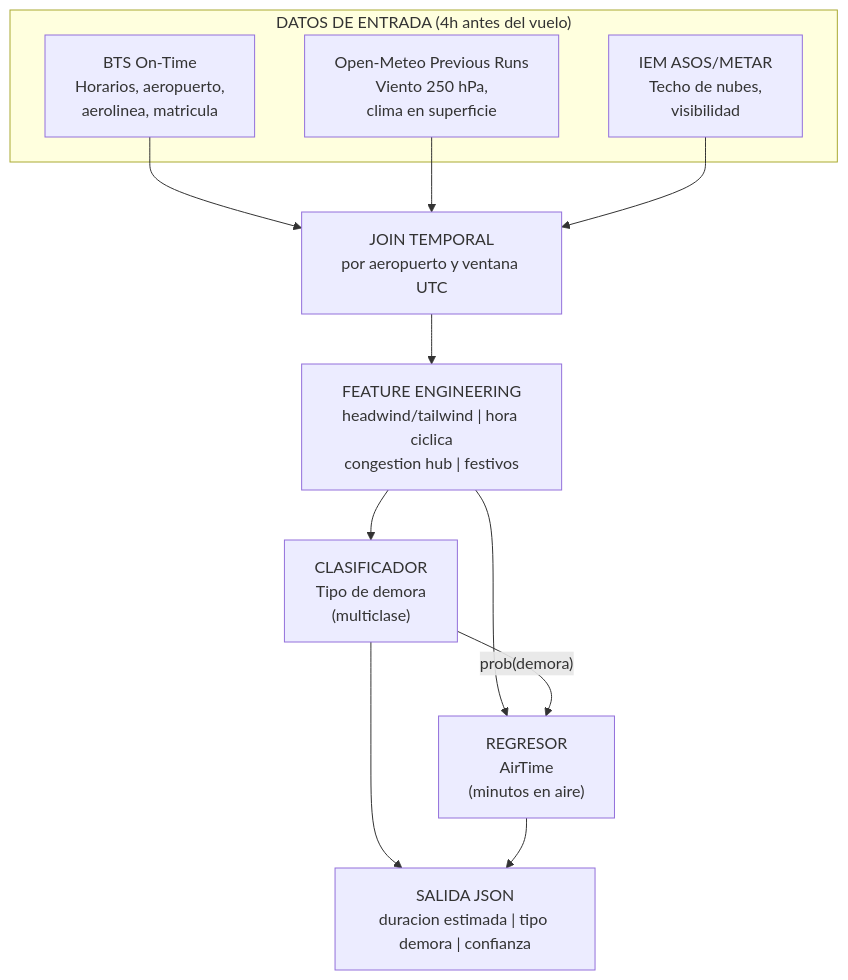
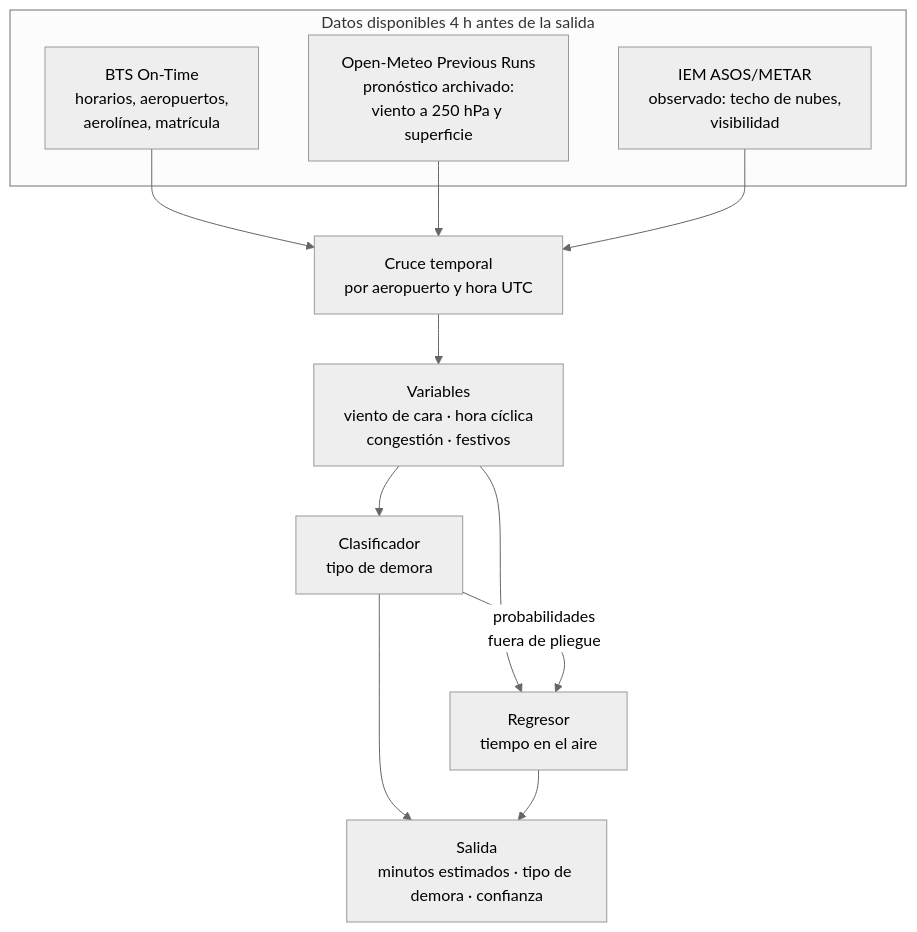
The first of 3 diagrams in README.md (albertxestrada/ProyectoAprendizajeSupervisado), drawn with Mermaid before and after one commit. The commit also changed other lines of this file and 1 other file, not shown here.

````diff
--- a/README.md
+++ b/README.md
@@ -22,17 +30,18 @@
 ```mermaid
+%%{init: {'theme':'neutral'}}%%
 flowchart TD
-    subgraph ENTRADA["DATOS DE ENTRADA (4h antes del vuelo)"]
-        BTS["BTS On-Time\nHorarios, aeropuerto,\naerolinea, matricula"]
-        OM["Open-Meteo Previous Runs\nViento 250 hPa,\nclima en superficie"]
-        IEM["IEM ASOS/METAR\nTecho de nubes,\nvisibilidad"]
+    subgraph ENTRADA["Datos disponibles 4 h antes de la salida"]
+        BTS["BTS On-Time<br>horarios, aeropuertos,<br>aerolínea, matrícula"]
+        OM["Open-Meteo Previous Runs<br>pronóstico archivado:<br>viento a 250 hPa y superficie"]
+        IEM["IEM ASOS/METAR<br>observado: techo de nubes,<br>visibilidad"]
     end
 
-    BTS & OM & IEM --> JOIN["JOIN TEMPORAL\npor aeropuerto y ventana UTC"]
-    JOIN --> FE["FEATURE ENGINEERING\nheadwind/tailwind | hora ciclica\ncongestion hub | festivos"]
+    BTS & OM & IEM --> JOIN["Cruce temporal<br>por aeropuerto y hora UTC"]
+    JOIN --> FE["Variables<br>viento de cara · hora cíclica<br>congestión · festivos"]
 
-    FE --> CLF["CLASIFICADOR\nTipo de demora\n(multiclase)"]
-    FE --> REG["REGRESOR\nAirTime\n(minutos en aire)"]
-    CLF -- "prob(demora)" --> REG
+    FE --> CLS["Clasificador<br>tipo de demora"]
+    FE --> REG["Regresor<br>tiempo en el aire"]
+    CLS -- "probabilidades<br>fuera de pliegue" --> REG
 
-    CLF & REG --> OUT["SALIDA JSON\nduracion estimada | tipo demora | confianza"]
+    CLS & REG --> OUT["Salida<br>minutos estimados · tipo de demora · confianza"]
 ```
````
